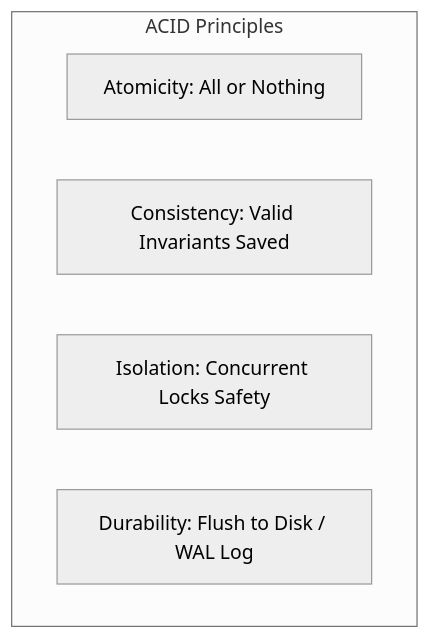
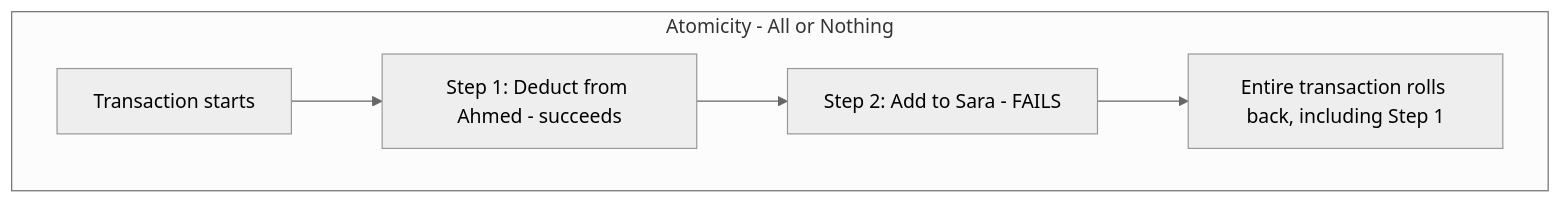
One commit to muhammad-khaled-tech/My-Study-Notes changed diagram 18 of 48 in interviews/SQL-NoSQL-Complete.md. Above: the diagram before and after it, drawn with Mermaid (neutral theme). The commit also changed other lines of this file and 3 other files, not shown here.

````diff
--- a/interviews/SQL-NoSQL-Complete.md
+++ b/interviews/SQL-NoSQL-Complete.md
@@ -1510,9 +1091,8 @@
 ```mermaid
 graph TD
-    subgraph "ACID Principles"
-        A["Atomicity: All or Nothing"]
-        B["Consistency: Valid Invariants Saved"]
-        C["Isolation: Concurrent Locks Safety"]
-        D["Durability: Flush to Disk / WAL Log"]
+    subgraph "Atomicity - All or Nothing"
+        A["Transaction starts"] --> B["Step 1: Deduct from Ahmed - succeeds"]
+        B --> C["Step 2: Add to Sara - FAILS"]
+        C --> D["Entire transaction rolls back, including Step 1"]
     end
 ```
````
